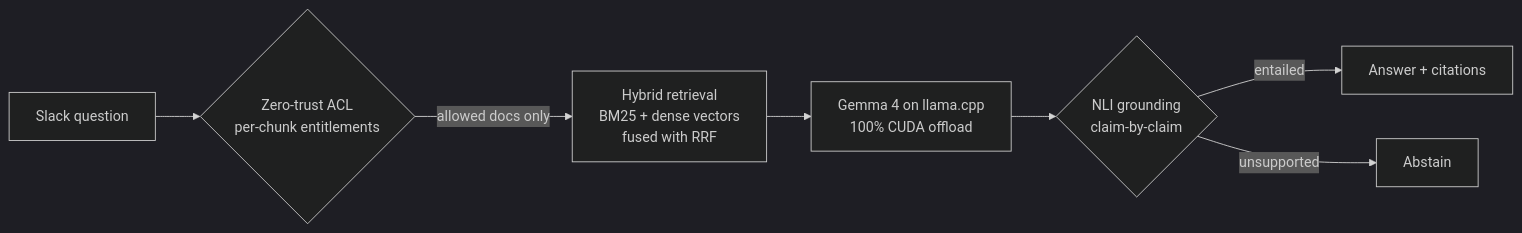
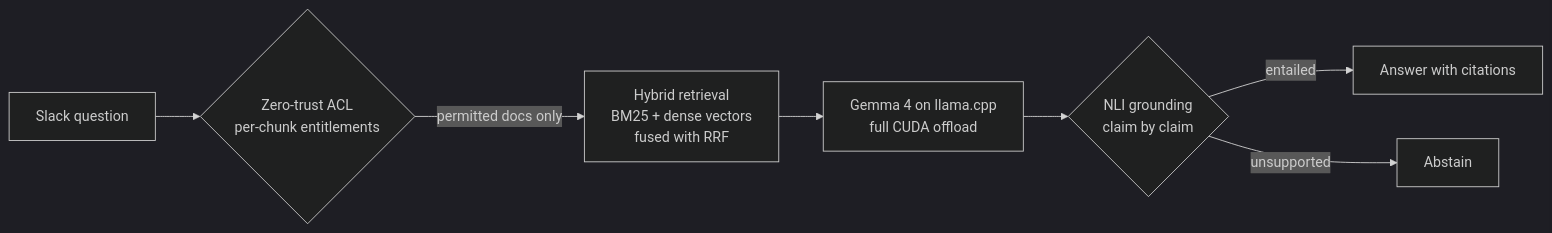
Before and after one commit to ParthVarekar/ParthVarekar: the first of 4 diagrams in README.md, drawn with Mermaid (dark theme). The commit also changed other lines of this file and 31 other files, not shown here.

````diff
--- a/README.md
+++ b/README.md
@@ -40,9 +36,9 @@
 ```mermaid
 flowchart LR
     Q["Slack question"] --> ACL{"Zero-trust ACL<br/>per-chunk entitlements"}
-    ACL -->|allowed docs only| R["Hybrid retrieval<br/>BM25 + dense vectors<br/>fused with RRF"]
-    R --> LLM["Gemma 4 on llama.cpp<br/>100% CUDA offload"]
-    LLM --> NLI{"NLI grounding<br/>claim-by-claim"}
-    NLI -->|entailed| A["Answer + citations"]
+    ACL -->|permitted docs only| R["Hybrid retrieval<br/>BM25 + dense vectors<br/>fused with RRF"]
+    R --> LLM["Gemma 4 on llama.cpp<br/>full CUDA offload"]
+    LLM --> NLI{"NLI grounding<br/>claim by claim"}
+    NLI -->|entailed| A["Answer with citations"]
     NLI -->|unsupported| X["Abstain"]
 ```
````
